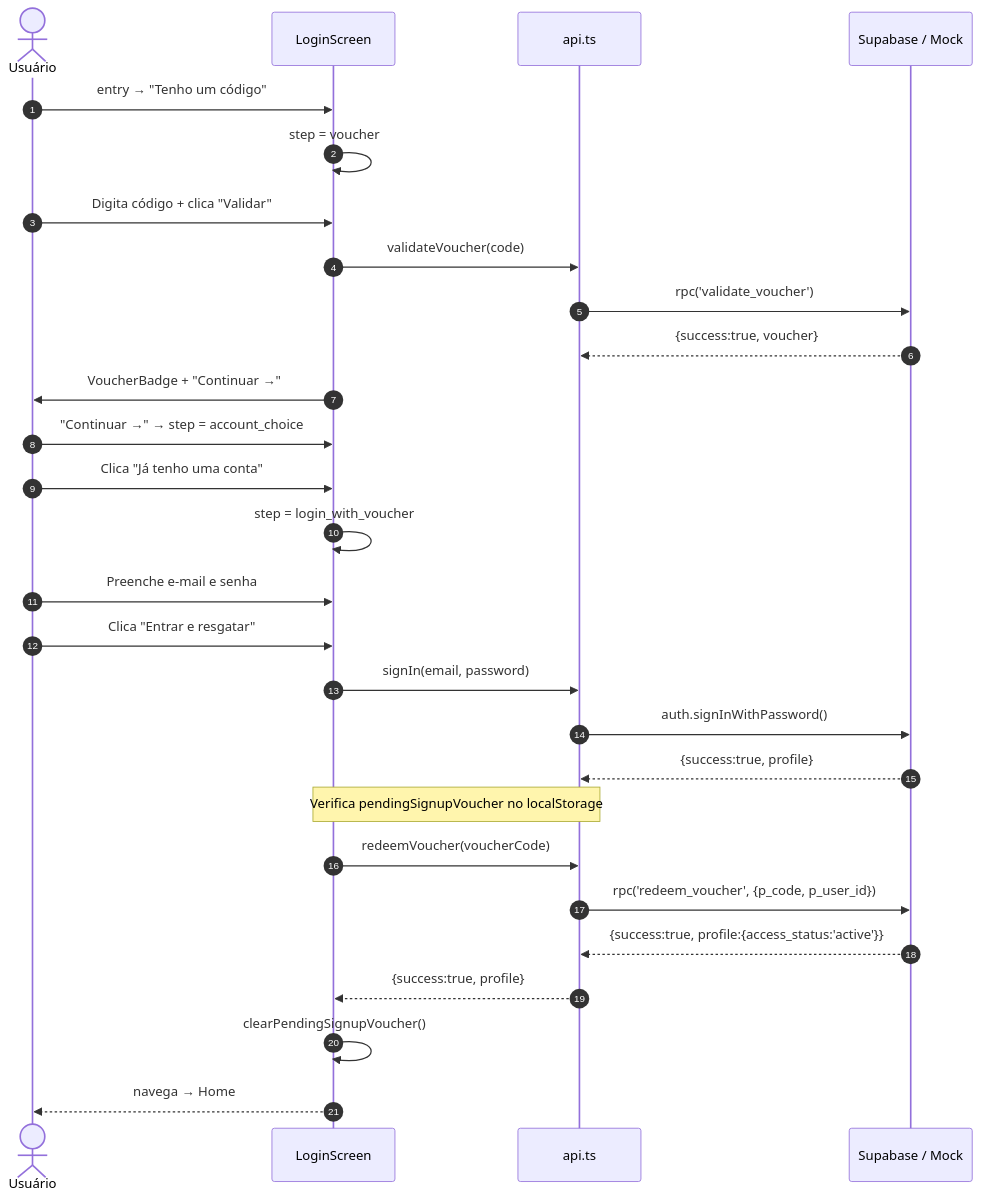
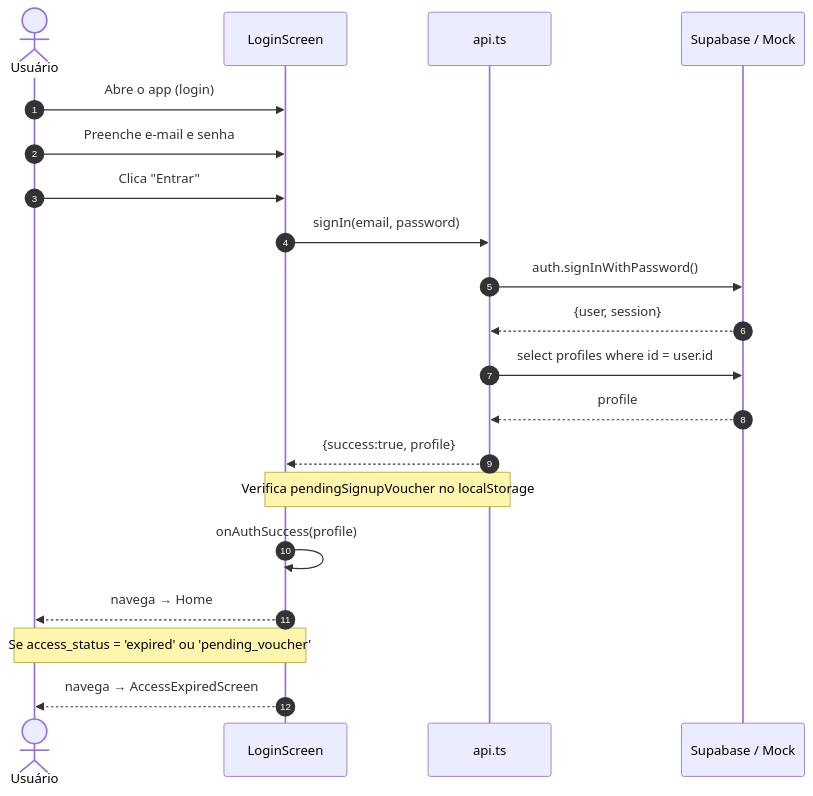
Before and after one commit to fabioaap/mundo-de-kaboo-1: the third of 15 diagrams in docs/JORNADAS.md, drawn with Mermaid. The commit also changed other lines of this file and 107 other files, not shown here.

````diff
--- a/docs/JORNADAS.md
+++ b/docs/JORNADAS.md
@@ -137,36 +144,26 @@
 ```mermaid
 sequenceDiagram
     autonumber
     actor U as Usuário
     participant LS as LoginScreen
     participant API as api.ts
     participant SB as Supabase / Mock
 
-    U->>LS: entry → "Tenho um código"
-    LS->>LS: step = voucher
-
-    U->>LS: Digita código + clica "Validar"
-    LS->>API: validateVoucher(code)
-    API->>SB: rpc('validate_voucher')
-    SB-->>API: {success:true, voucher}
-    LS->>U: VoucherBadge + "Continuar →"
-
-    U->>LS: "Continuar →" → step = account_choice
-    U->>LS: Clica "Já tenho uma conta"
-    LS->>LS: step = login_with_voucher
+    U->>LS: Abre o app (login)
 
     U->>LS: Preenche e-mail e senha
-    U->>LS: Clica "Entrar e resgatar"
+    U->>LS: Clica "Entrar"
     LS->>API: signIn(email, password)
     API->>SB: auth.signInWithPassword()
-    SB-->>API: {success:true, profile}
+    SB-->>API: {user, session}
+    API->>SB: select profiles where id = user.id
+    SB-->>API: profile
+    API-->>LS: {success:true, profile}
 
     note over LS,API: Verifica pendingSignupVoucher no localStorage
-    LS->>API: redeemVoucher(voucherCode)
-    API->>SB: rpc('redeem_voucher', {p_code, p_user_id})
-    SB-->>API: {success:true, profile:{access_status:'active'}}
-    API-->>LS: {success:true, profile}
+    LS->>LS: onAuthSuccess(profile)
+    LS-->>U: navega → Home
 
-    LS->>LS: clearPendingSignupVoucher()
-    LS-->>U: navega → Home
+    note over U,LS: Se access_status = 'expired' ou 'pending_voucher'
+    LS-->>U: navega → AccessExpiredScreen
 ```
````
